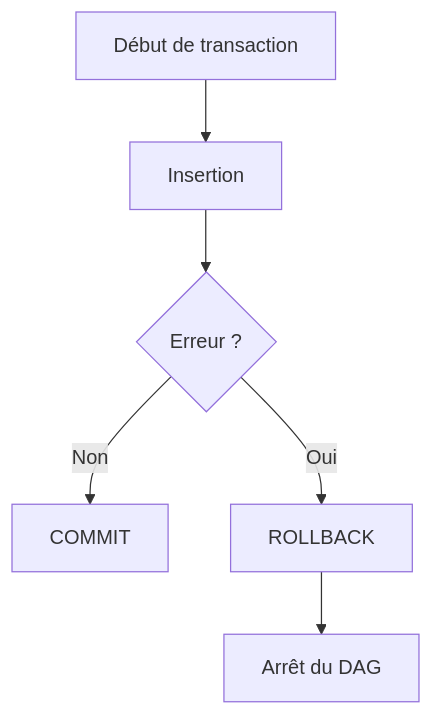
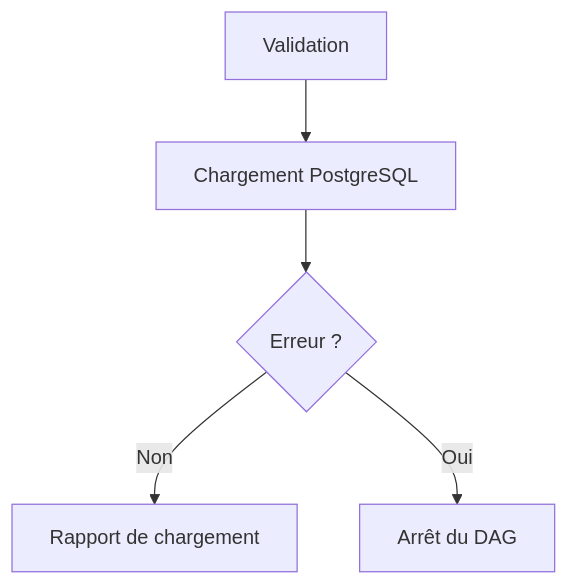
Before and after one commit to gonzalezcourrier34-glitch/checkit_ai: the third of 3 diagrams in docs/06_dag/07_error_handling.md, drawn with Mermaid. The commit also changed other lines of this file and 51 other files, not shown here.

````diff
--- a/docs/06_dag/07_error_handling.md
+++ b/docs/06_dag/07_error_handling.md
@@ -123,15 +168,13 @@
 ```mermaid
 flowchart TD
 
-A[Début de transaction]
+A[Validation]
 
-A --> B[Insertion]
+A --> B[Chargement PostgreSQL]
 
 B --> C{Erreur ?}
 
-C -->|Non| D[COMMIT]
+C -->|Non| D[Rapport de chargement]
 
-C -->|Oui| E[ROLLBACK]
-
-E --> F[Arrêt du DAG]
+C -->|Oui| E[Arrêt du DAG]
 ```
````
